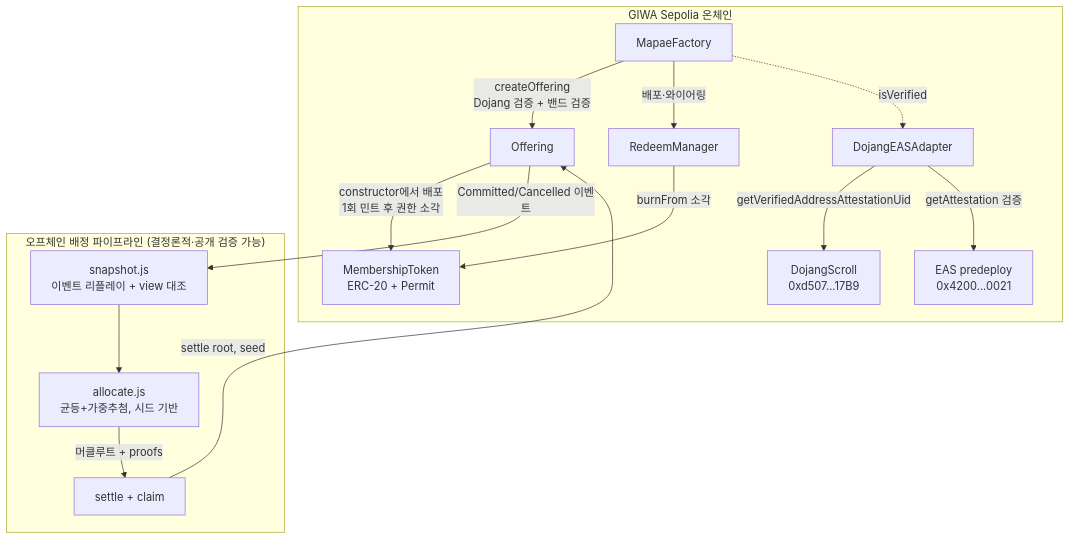
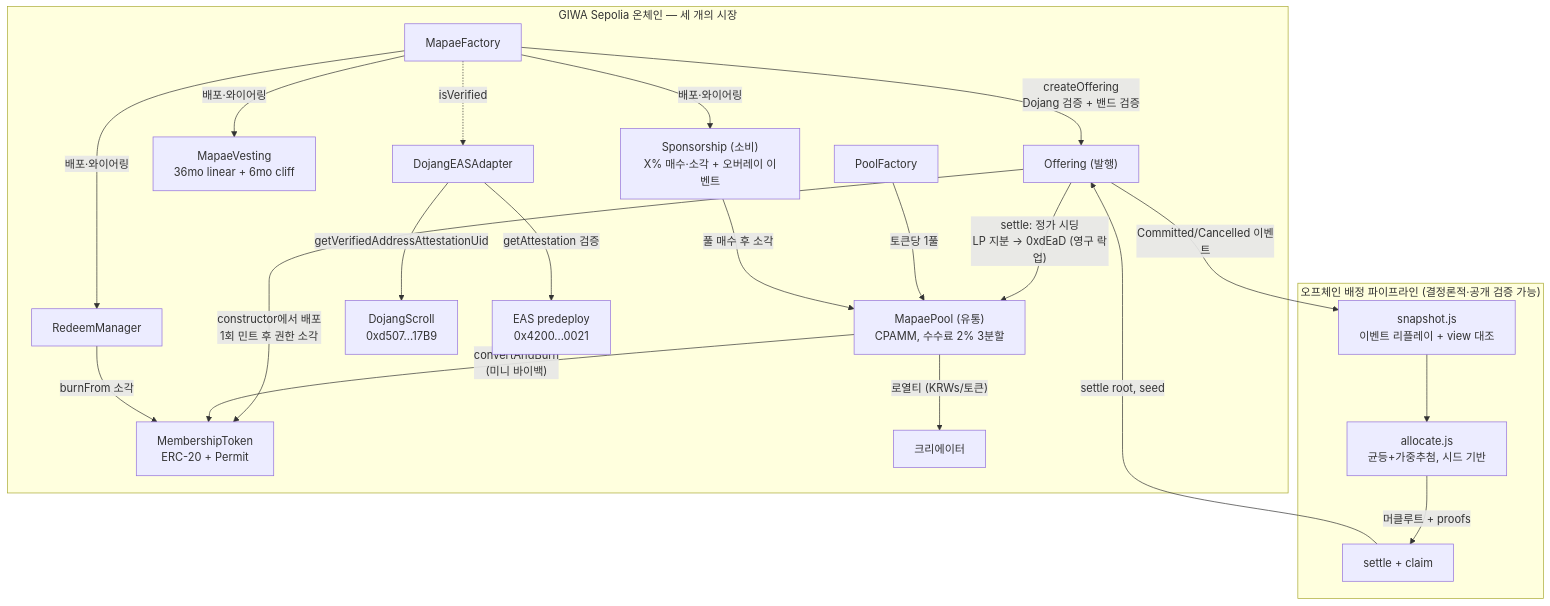
Before and after one commit to jihanwi/mapae: the diagram in docs/DEPLOYMENTS.md, drawn with Mermaid. The commit also changed other lines of this file and 32 other files, not shown here.

Commit message:
M4: AMM pool + at-par listing + permanent LP lock + vesting + sponsorship

````diff
--- a/docs/DEPLOYMENTS.md
+++ b/docs/DEPLOYMENTS.md
@@ -61,18 +61,25 @@
 ```mermaid
 flowchart TB
-    subgraph 온체인["GIWA Sepolia 온체인"]
-        F[MapaeFactory] -->|createOffering<br/>Dojang 검증 + 밴드 검증| O[Offering]
+    subgraph 온체인["GIWA Sepolia 온체인 — 세 개의 시장"]
+        F[MapaeFactory] -->|createOffering<br/>Dojang 검증 + 밴드 검증| O["Offering (발행)"]
+        F -->|배포·와이어링| V[MapaeVesting<br/>36mo linear + 6mo cliff]
+        F -->|배포·와이어링| RM[RedeemManager]
+        F -->|배포·와이어링| SP["Sponsorship (소비)<br/>X% 매수·소각 + 오버레이 이벤트"]
         O -->|constructor에서 배포<br/>1회 민트 후 권한 소각| T[MembershipToken<br/>ERC-20 + Permit]
-        F -->|배포·와이어링| RM[RedeemManager]
+        O -->|"settle: 정가 시딩<br/>LP 지분 → 0xdEaD (영구 락업)"| P["MapaePool (유통)<br/>CPAMM, 수수료 2% 3분할"]
+        PF[PoolFactory] -->|토큰당 1풀| P
+        P -->|"로열티 (KRWs/토큰)"| CR[크리에이터]
+        P -->|"convertAndBurn<br/>(미니 바이백)"| T
+        SP -->|풀 매수 후 소각| P
         RM -->|burnFrom 소각| T
         DA[DojangEASAdapter] -->|getVerifiedAddressAttestationUid| DS[DojangScroll<br/>0xd507...17B9]
         DA -->|getAttestation 검증| EAS[EAS predeploy<br/>0x4200...0021]
         F -.->|isVerified| DA
     end
     subgraph 오프체인["오프체인 배정 파이프라인 (결정론적·공개 검증 가능)"]
         S[snapshot.js<br/>이벤트 리플레이 + view 대조] --> AL[allocate.js<br/>균등+가중추첨, 시드 기반]
         AL -->|머클루트 + proofs| ST[settle + claim]
     end
     O -->|Committed/Cancelled 이벤트| S
     ST -->|settle root, seed| O
 ```
````
